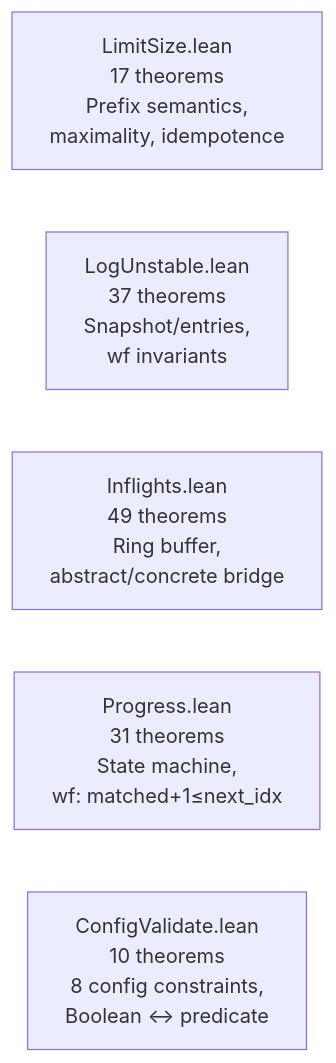
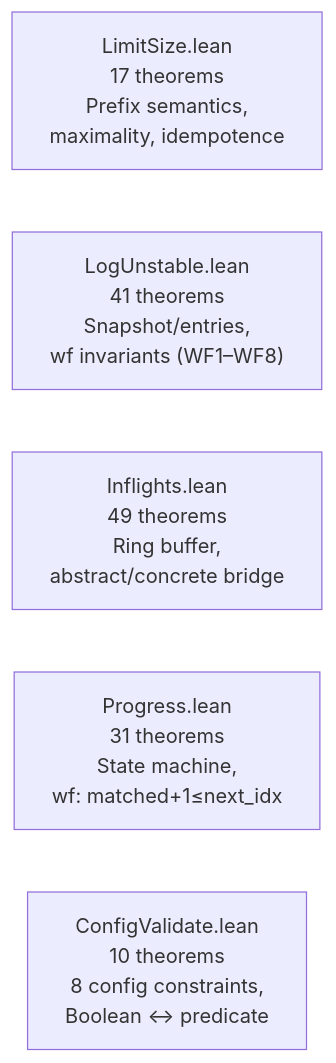
Before and after one commit to dsyme/raft-lean-squad: the second of 11 diagrams in formal-verification/REPORT.md, drawn with Mermaid. The commit also changed other lines of this file and 1 other file, not shown here.

First line of the commit message:
feat(fv): Run 95 — LogUnstable WF7+WF8 (Task 5) + REPORT.md update (Task 10)

````diff
--- a/formal-verification/REPORT.md
+++ b/formal-verification/REPORT.md
@@ -124,8 +133,8 @@
 ```mermaid
 graph LR
     LS["LimitSize.lean<br/>17 theorems<br/>Prefix semantics,<br/>maximality, idempotence"]
-    LU["LogUnstable.lean<br/>37 theorems<br/>Snapshot/entries,<br/>wf invariants"]
+    LU["LogUnstable.lean<br/>41 theorems<br/>Snapshot/entries,<br/>wf invariants (WF1–WF8)"]
     IF["Inflights.lean<br/>49 theorems<br/>Ring buffer,<br/>abstract/concrete bridge"]
     PR["Progress.lean<br/>31 theorems<br/>State machine,<br/>wf: matched+1≤next_idx"]
     CV["ConfigValidate.lean<br/>10 theorems<br/>8 config constraints,<br/>Boolean ↔ predicate"]
 ```
````
